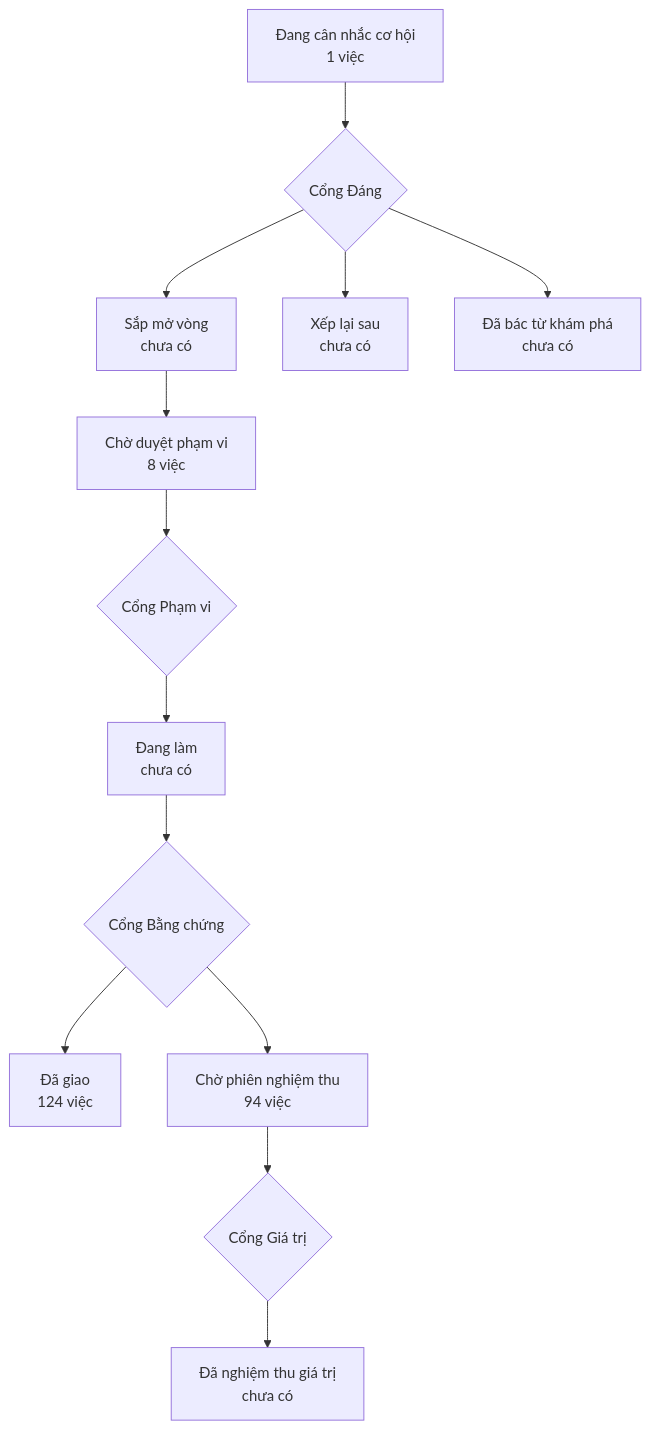
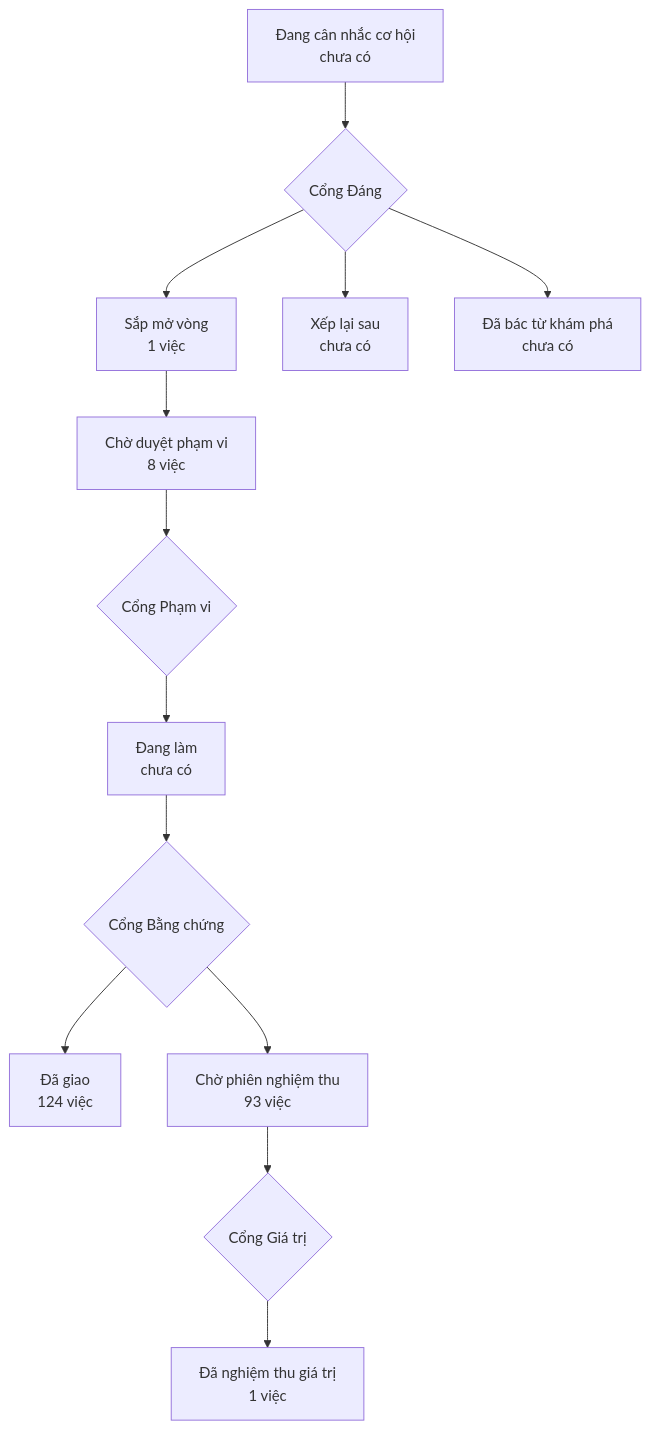
The diagram in PRODUCT-MAP.md (phanlemanh/onehub-invest), drawn with Mermaid before and after one commit. The commit also changed other lines of this file and 1 other file, not shown here.

Commit message:
chore(can-gia-tot): vẽ lại bản đồ sau khi gộp main

````diff
--- a/PRODUCT-MAP.md
+++ b/PRODUCT-MAP.md
@@ -7,12 +7,12 @@
 ```mermaid
 flowchart TD
-  A["Đang cân nhắc cơ hội<br/>1 việc"] --> GD{"Cổng Đáng"}
-  GD --> B["Sắp mở vòng<br/>chưa có"]
+  A["Đang cân nhắc cơ hội<br/>chưa có"] --> GD{"Cổng Đáng"}
+  GD --> B["Sắp mở vòng<br/>1 việc"]
   GD --> XL["Xếp lại sau<br/>chưa có"]
   GD --> DB["Đã bác từ khám phá<br/>chưa có"]
   B --> CD["Chờ duyệt phạm vi<br/>8 việc"] --> GP{"Cổng Phạm vi"}
   GP --> DL["Đang làm<br/>chưa có"] --> GB{"Cổng Bằng chứng"}
   GB --> DG["Đã giao<br/>124 việc"]
-  GB --> CN["Chờ phiên nghiệm thu<br/>94 việc"] --> GG{"Cổng Giá trị"}
-  GG --> NT["Đã nghiệm thu giá trị<br/>chưa có"]
+  GB --> CN["Chờ phiên nghiệm thu<br/>93 việc"] --> GG{"Cổng Giá trị"}
+  GG --> NT["Đã nghiệm thu giá trị<br/>1 việc"]
 ```
````
